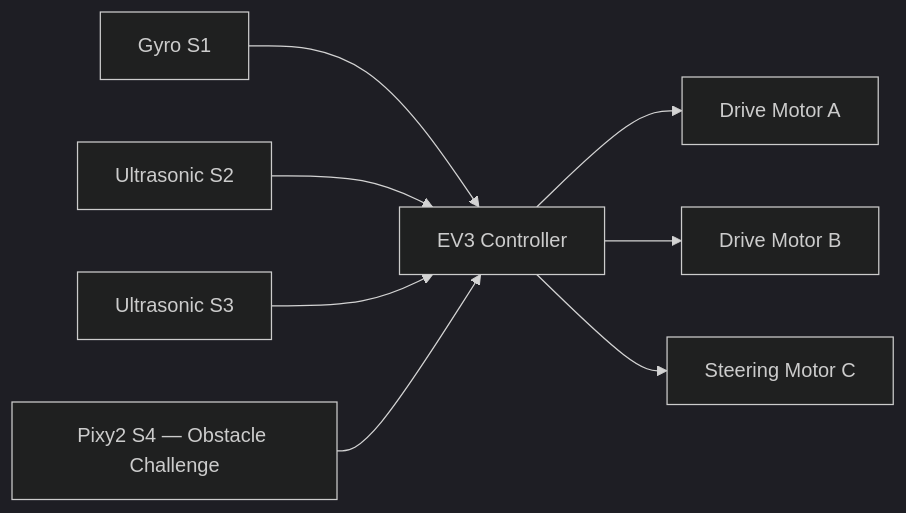
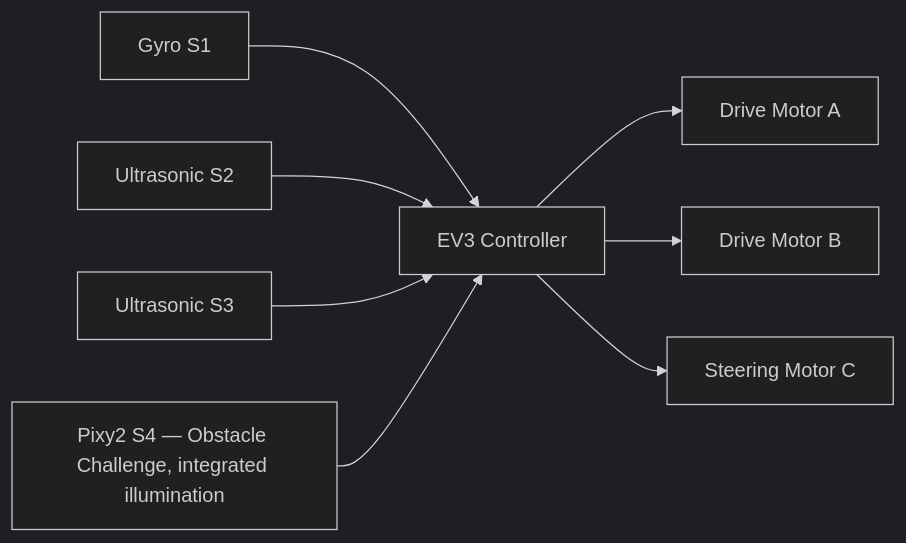
One commit to WSSB2026WRO/Qatar-FEold changed the diagram in hardware/README.md. Above: the diagram before and after it, drawn with Mermaid (dark theme). The commit also changed other lines of this file, not shown here.

Commit message:
Correct Pixy2 integrated illumination and finalize project documentation

````diff
--- a/hardware/README.md
+++ b/hardware/README.md
@@ -23,10 +24,10 @@
 ```mermaid
 flowchart LR
   G[Gyro S1] --> C[EV3 Controller]
   U1[Ultrasonic S2] --> C
   U2[Ultrasonic S3] --> C
-  P[Pixy2 S4 — Obstacle Challenge] --> C
+  P[Pixy2 S4 — Obstacle Challenge, integrated illumination] --> C
   C --> A[Drive Motor A]
   C --> B[Drive Motor B]
   C --> S[Steering Motor C]
 ```
````
